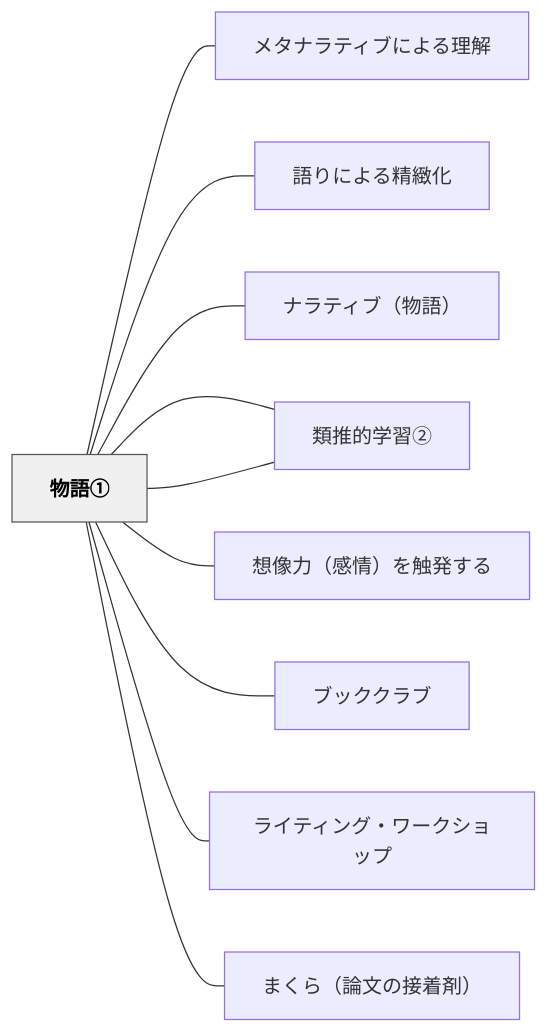
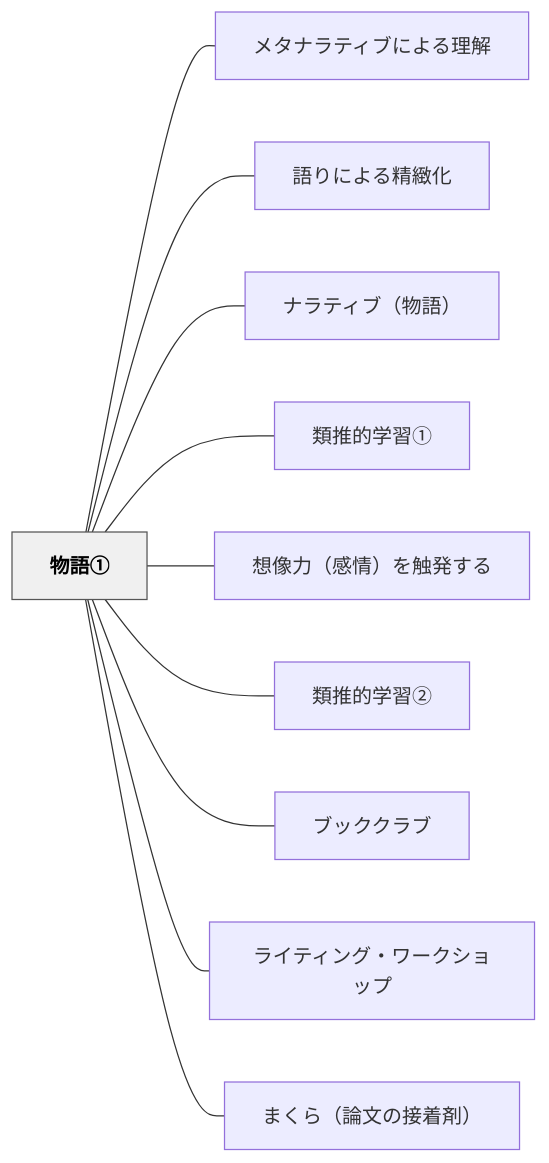
One commit to unknownthings-ed-patterns/unknownthings-ed-patterns changed the diagram in content/パタン/物語①.md. Above: the diagram before and after it, drawn with Mermaid. The commit also changed 527 other files, not shown here.

````diff
--- a/content/パタン/物語①.md
+++ b/content/パタン/物語①.md
@@ -76,26 +76,26 @@
 ```mermaid
 flowchart LR
-    ne789a9e8aa9e["物語①"]
-    ne383a1e382bf["メタナラティブによる理解"]
-    ne8aa9ee3828a["語りによる精緻化"]
-    ne3838ae383a9["ナラティブ（物語）"]
-    ne9a19ee68ea8["類推的学習①"]
-    ne683b3e5838f["想像力（感情）を触発する"]
-    ne9a19ee68ea8["類推的学習②"]
-    ne38396e38383["ブッククラブ"]
-    ne383a9e382a4["ライティング・ワークショップ"]
-    ne381bee3818f["まくら（論文の接着剤）"]
+    ne789a9e8aa9ee291a0["物語①"]
+    ne383a1e382bfe3838ae383a9e38386e382a3e38396e381abe38288e3828be79086e8a7a3["メタナラティブによる理解"]
+    ne8aa9ee3828ae381abe38288e3828be7b2bee7b7bbe58c96["語りによる精緻化"]
+    ne3838ae383a9e38386e382a3e38396efbc88e789a9e8aa9eefbc89["ナラティブ（物語）"]
+    ne9a19ee68ea8e79a84e5ada6e7bf92e291a0["類推的学習①"]
+    ne683b3e5838fe58a9befbc88e6849fe68385efbc89e38292e8a7a6e799bae38199e3828b["想像力（感情）を触発する"]
+    ne9a19ee68ea8e79a84e5ada6e7bf92e291a1["類推的学習②"]
+    ne38396e38383e382afe382afe383a9e38396["ブッククラブ"]
+    ne383a9e382a4e38386e382a3e383b3e382b0e383bbe383afe383bce382afe382b7e383a7e38383e38397["ライティング・ワークショップ"]
+    ne381bee3818fe38289efbc88e8ab96e69687e381aee68ea5e79d80e589a4efbc89["まくら（論文の接着剤）"]
 
-    ne789a9e8aa9e --- ne383a1e382bf
-    ne789a9e8aa9e --- ne8aa9ee3828a
-    ne789a9e8aa9e --- ne3838ae383a9
-    ne789a9e8aa9e --- ne9a19ee68ea8
-    ne789a9e8aa9e --- ne683b3e5838f
-    ne789a9e8aa9e --- ne9a19ee68ea8
-    ne789a9e8aa9e --- ne38396e38383
-    ne789a9e8aa9e --- ne383a9e382a4
-    ne789a9e8aa9e --- ne381bee3818f
+    ne789a9e8aa9ee291a0 --- ne383a1e382bfe3838ae383a9e38386e382a3e38396e381abe38288e3828be79086e8a7a3
+    ne789a9e8aa9ee291a0 --- ne8aa9ee3828ae381abe38288e3828be7b2bee7b7bbe58c96
+    ne789a9e8aa9ee291a0 --- ne3838ae383a9e38386e382a3e38396efbc88e789a9e8aa9eefbc89
+    ne789a9e8aa9ee291a0 --- ne9a19ee68ea8e79a84e5ada6e7bf92e291a0
+    ne789a9e8aa9ee291a0 --- ne683b3e5838fe58a9befbc88e6849fe68385efbc89e38292e8a7a6e799bae38199e3828b
+    ne789a9e8aa9ee291a0 --- ne9a19ee68ea8e79a84e5ada6e7bf92e291a1
+    ne789a9e8aa9ee291a0 --- ne38396e38383e382afe382afe383a9e38396
+    ne789a9e8aa9ee291a0 --- ne383a9e382a4e38386e382a3e383b3e382b0e383bbe383afe383bce382afe382b7e383a7e38383e38397
+    ne789a9e8aa9ee291a0 --- ne381bee3818fe38289efbc88e8ab96e69687e381aee68ea5e79d80e589a4efbc89
 
     classDef hub fill:#f0f0f0,stroke:#555,color:#000,font-weight:bold
-    class ne789a9e8aa9e hub
+    class ne789a9e8aa9ee291a0 hub
 ```
````
